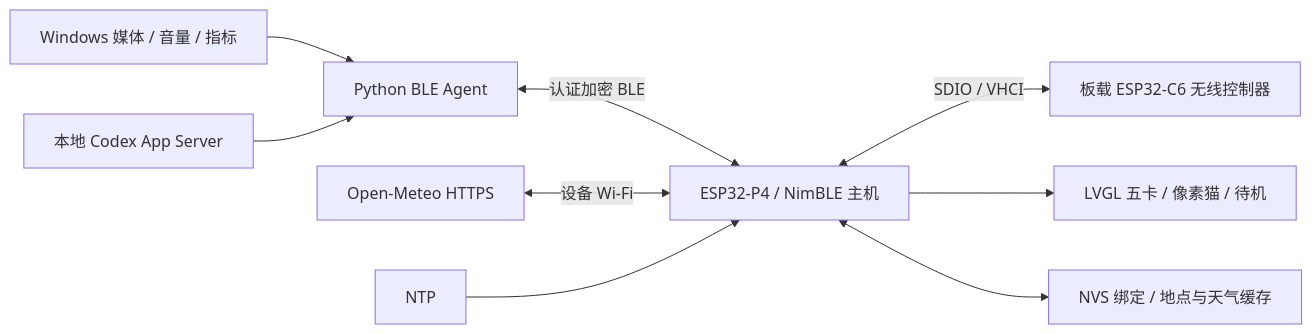
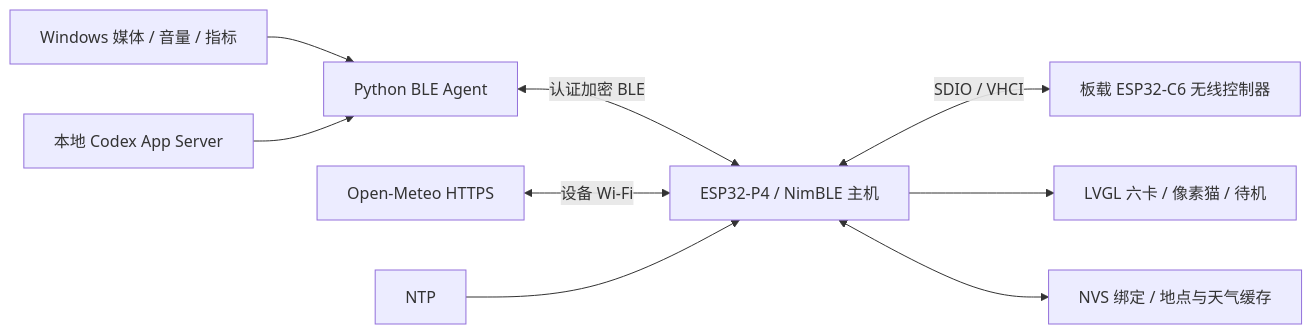
Before and after one commit to 2823700739-sudo/ESP32-P4-4B-Luna: the diagram in docs/DEVELOPMENT.md, drawn with Mermaid. The commit also changed other lines of this file and 65 other files, not shown here.

````diff
--- a/docs/DEVELOPMENT.md
+++ b/docs/DEVELOPMENT.md
@@ -7,11 +7,11 @@
 ```mermaid
 flowchart LR
   Windows[Windows 媒体 / 音量 / 指标] --> Agent[Python BLE Agent]
   Codex[本地 Codex App Server] --> Agent
   Agent <-->|认证加密 BLE| P4[ESP32-P4 / NimBLE 主机]
   P4 <-->|SDIO / VHCI| C6[板载 ESP32-C6 无线控制器]
-  P4 --> UI[LVGL 五卡 / 像素猫 / 待机]
+  P4 --> UI[LVGL 六卡 / 像素猫 / 待机]
   Weather[Open-Meteo HTTPS] <-->|设备 Wi-Fi| P4
   NTP[NTP] --> P4
   P4 <--> NVS[NVS 绑定 / 地点与天气缓存]
 ```
````
